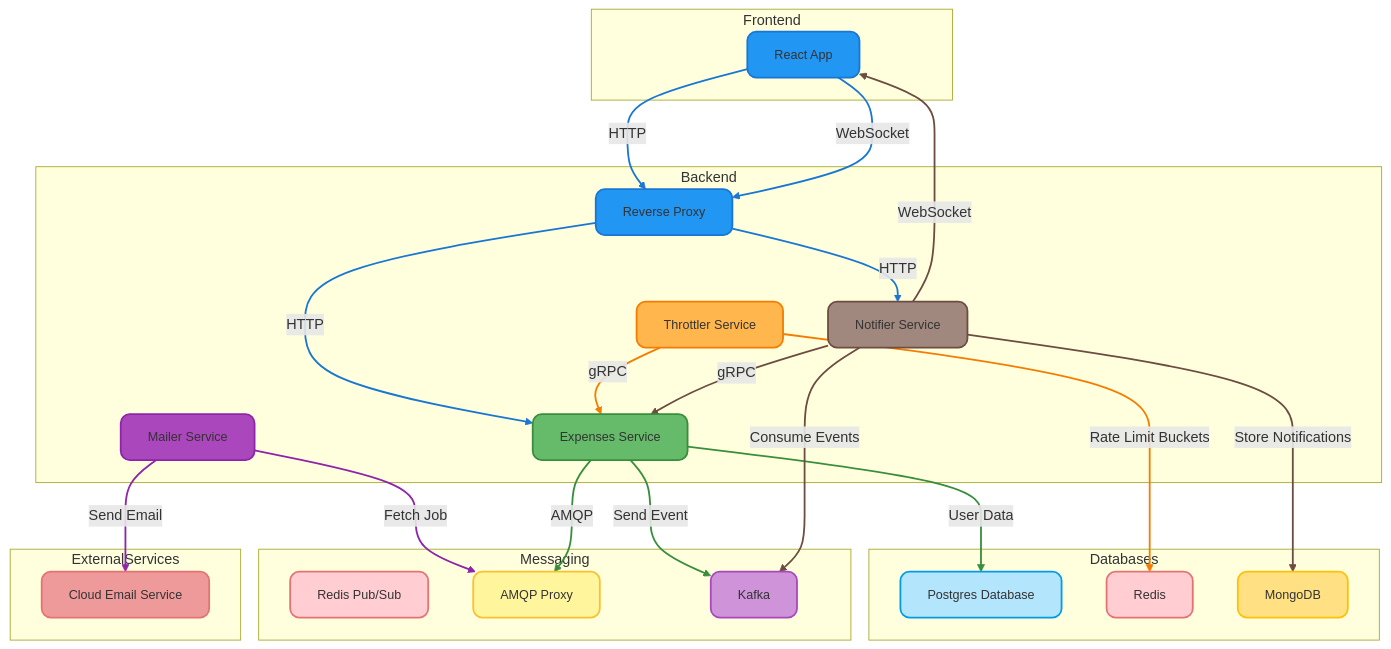
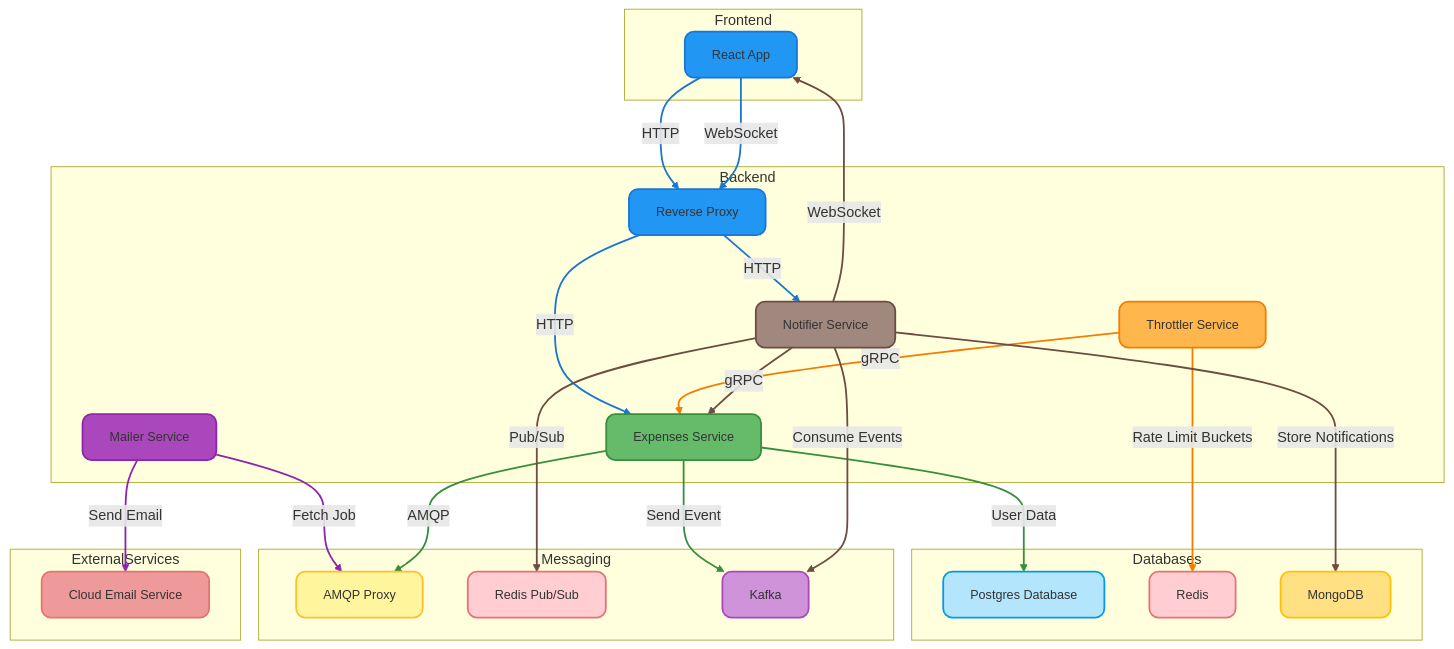
The diagram in README.md (hasAnybodySeenHarry/expenses), drawn with Mermaid before and after one commit.

Commit message:
Modified messaging order

````diff
--- a/README.md
+++ b/README.md
@@ -7,78 +7,80 @@
 ```mermaid
 graph TD
     style ReactApp fill:#2196F3,stroke:#1976D2,stroke-width:2px,color:#333,font-size:14px,rx:10,ry:10
     style ReverseProxy fill:#2196F3,stroke:#1976D2,stroke-width:2px,color:#333,font-size:14px,rx:10,ry:10
     style Expenses fill:#66BB6A,stroke:#388E3C,stroke-width:2px,color:#333,font-size:14px,rx:10,ry:10
     style Throttler fill:#FFB74D,stroke:#F57C00,stroke-width:2px,color:#333,font-size:14px,rx:10,ry:10
     style Mailer fill:#AB47BC,stroke:#8E24AA,stroke-width:2px,color:#333,font-size:14px,rx:10,ry:10
     style Notifier fill:#A1887F,stroke:#6D4C41,stroke-width:2px,color:#333,font-size:14px,rx:10,ry:10
     style Postgres fill:#B3E5FC,stroke:#039BE5,stroke-width:2px,color:#333,font-size:14px,rx:10,ry:10
     style Redis fill:#FFCDD2,stroke:#E57373,stroke-width:2px,color:#333,font-size:14px,rx:10,ry:10
     style MongoDB fill:#FFE082,stroke:#FFC107,stroke-width:2px,color:#333,font-size:14px,rx:10,ry:10
+    style AMQP fill:#FFF59D,stroke:#FBC02D,stroke-width:2px,color:#333,font-size:14px,rx:10,ry:10
     style RedisPubSub fill:#FFCDD2,stroke:#E57373,stroke-width:2px,color:#333,font-size:14px,rx:10,ry:10
-    style AMQP fill:#FFF59D,stroke:#FBC02D,stroke-width:2px,color:#333,font-size:14px,rx:10,ry:10
     style Kafka fill:#CE93D8,stroke:#AB47BC,stroke-width:2px,color:#333,font-size:14px,rx:10,ry:10
     style CloudEmail fill:#EF9A9A,stroke:#E57373,stroke-width:2px,color:#333,font-size:14px,rx:10,ry:10
 
     subgraph Frontend
         ReactApp[React App]
     end
 
     subgraph Backend
         ReverseProxy[Reverse Proxy]
         Expenses[Expenses Service]
         Throttler[Throttler Service]
         Mailer[Mailer Service]
         Notifier[Notifier Service]
     end
 
     subgraph Databases
         Postgres[Postgres Database]
         Redis[Redis]
         MongoDB[MongoDB]
     end
 
     subgraph Messaging
         Kafka[Kafka]
         RedisPubSub[Redis Pub/Sub]
         AMQP[AMQP Proxy]
     end
 
     subgraph ExternalServices
         CloudEmail[Cloud Email Service]
     end
 
     %% Define connections with labels and directions
     ReactApp -- HTTP --> ReverseProxy
     ReverseProxy -- HTTP --> Expenses
     Expenses -- User Data --> Postgres
     Throttler -- gRPC --> Expenses
     Throttler -- Rate Limit Buckets --> Redis
     Mailer -- Fetch Job --> AMQP
     Expenses -- AMQP --> AMQP
     Mailer -- Send Email --> CloudEmail
     Expenses -- Send Event --> Kafka
     Notifier -- Consume Events --> Kafka
     Notifier -- Store Notifications --> MongoDB
+    Notifier -- Pub/Sub --> RedisPubSub
     ReactApp -- WebSocket --> ReverseProxy
     ReverseProxy -- HTTP --> Notifier
     Notifier -- gRPC --> Expenses
     Notifier -- WebSocket --> ReactApp
 
     %% Style links
     linkStyle 0 stroke:#1976D2,stroke-width:2px
     linkStyle 1 stroke:#1976D2,stroke-width:2px
     linkStyle 2 stroke:#388E3C,stroke-width:2px
     linkStyle 3 stroke:#F57C00,stroke-width:2px
     linkStyle 4 stroke:#F57C00,stroke-width:2px
     linkStyle 5 stroke:#8E24AA,stroke-width:2px
     linkStyle 6 stroke:#388E3C,stroke-width:2px
     linkStyle 7 stroke:#8E24AA,stroke-width:2px
     linkStyle 8 stroke:#388E3C,stroke-width:2px
     linkStyle 9 stroke:#6D4C41,stroke-width:2px
     linkStyle 10 stroke:#6D4C41,stroke-width:2px
-    linkStyle 11 stroke:#1976D2,stroke-width:2px
+    linkStyle 11 stroke:#6D4C41,stroke-width:2px
     linkStyle 12 stroke:#1976D2,stroke-width:2px
-    linkStyle 13 stroke:#6D4C41,stroke-width:2px
+    linkStyle 13 stroke:#1976D2,stroke-width:2px
     linkStyle 14 stroke:#6D4C41,stroke-width:2px
+    linkStyle 15 stroke:#6D4C41,stroke-width:2px
 ```
````
